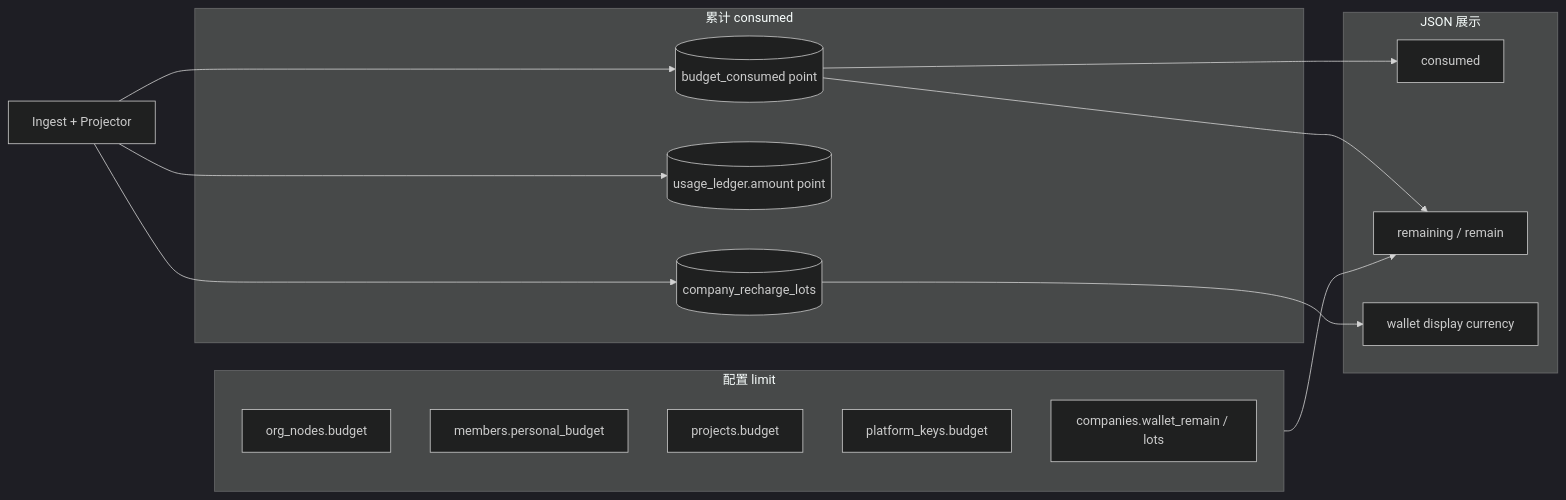
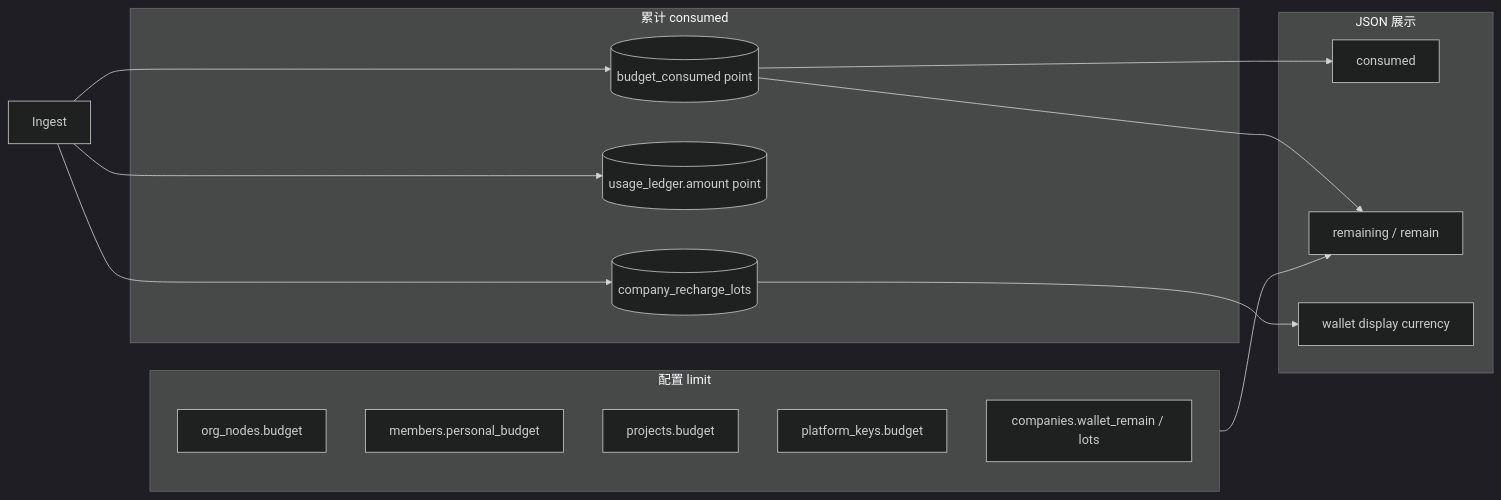
Before and after one commit to quyip8818/mytokenjoy: the seventh of 7 diagrams in docs/Backend-存储架构.md, drawn with Mermaid (dark theme). The commit also changed other lines of this file and 17 other files, not shown here.

````diff
--- a/docs/Backend-存储架构.md
+++ b/docs/Backend-存储架构.md
@@ -250,28 +248,28 @@
 ```mermaid
 flowchart LR
   subgraph assign [配置 limit]
     OB[org_nodes.budget]
     PQ[members.personal_budget]
     PRJ[projects.budget]
     PKQ[platform_keys.budget]
     WAL[companies.wallet_remain / lots]
   end
 
   subgraph spend [累计 consumed]
     BS[(budget_consumed point)]
     UL[(usage_ledger.amount point)]
     LOT[(company_recharge_lots)]
   end
 
   subgraph api [JSON 展示]
     C[consumed]
     R[remaining / remain]
     W[wallet display currency]
   end
 
-  ING[Ingest + Projector] --> BS & UL & LOT
+  ING[Ingest] --> BS & UL & LOT
   BS --> C
   assign --> R
   BS --> R
   LOT --> W
 ```
````
